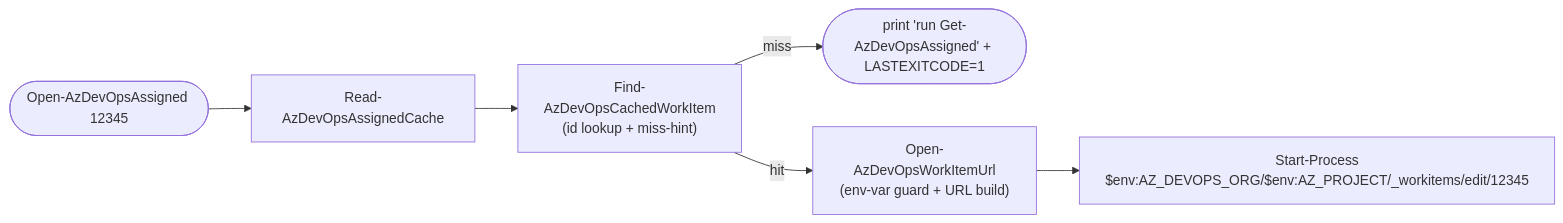
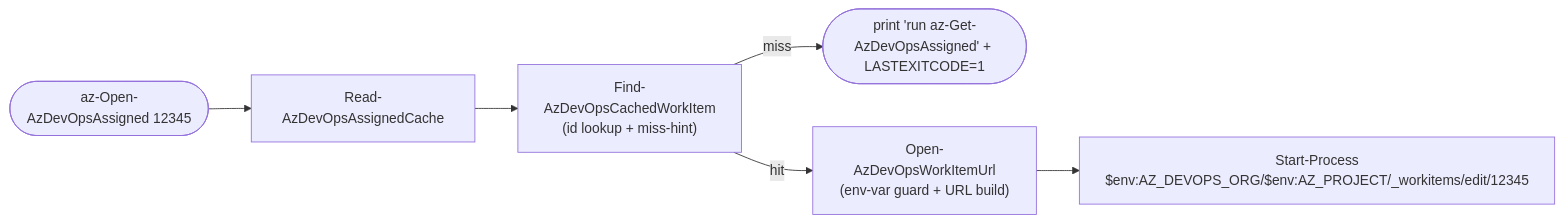
One commit to jdschleicher/bashcuts changed the sixth of 10 diagrams in docs/azure-devops-diagrams.md. Above: the diagram before and after it, drawn with Mermaid. The commit also changed other lines of this file and 1 other file, not shown here.

First line of the commit message:
docs: propagate az- prefix into wrapper-layer doc-strings + diagrams

````diff
--- a/docs/azure-devops-diagrams.md
+++ b/docs/azure-devops-diagrams.md
@@ -248,8 +248,8 @@
 ```mermaid
 flowchart LR
-    A([Open-AzDevOpsAssigned 12345]) --> RC[Read-AzDevOpsAssignedCache]
+    A([az-Open-AzDevOpsAssigned 12345]) --> RC[Read-AzDevOpsAssignedCache]
     RC --> Find["Find-AzDevOpsCachedWorkItem<br/>(id lookup + miss-hint)"]
-    Find -- miss --> Hint([print 'run Get-AzDevOpsAssigned' + LASTEXITCODE=1])
+    Find -- miss --> Hint([print 'run az-Get-AzDevOpsAssigned' + LASTEXITCODE=1])
     Find -- hit --> Open["Open-AzDevOpsWorkItemUrl<br/>(env-var guard + URL build)"]
     Open --> SP["Start-Process<br/>$env:AZ_DEVOPS_ORG/$env:AZ_PROJECT/_workitems/edit/12345"]
 ```
````
